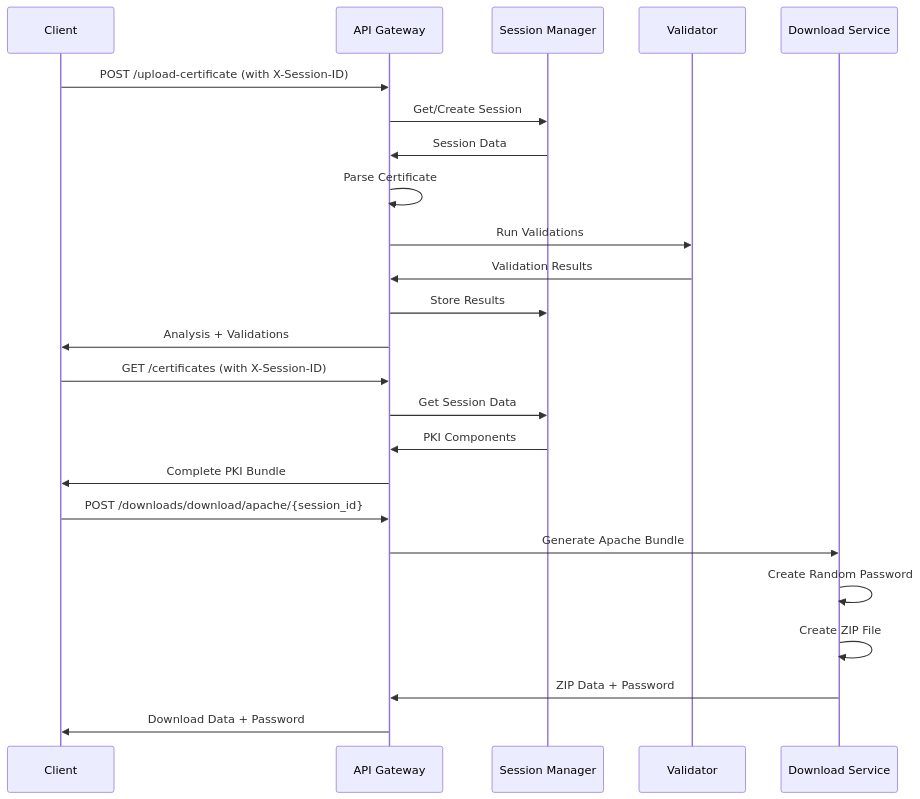
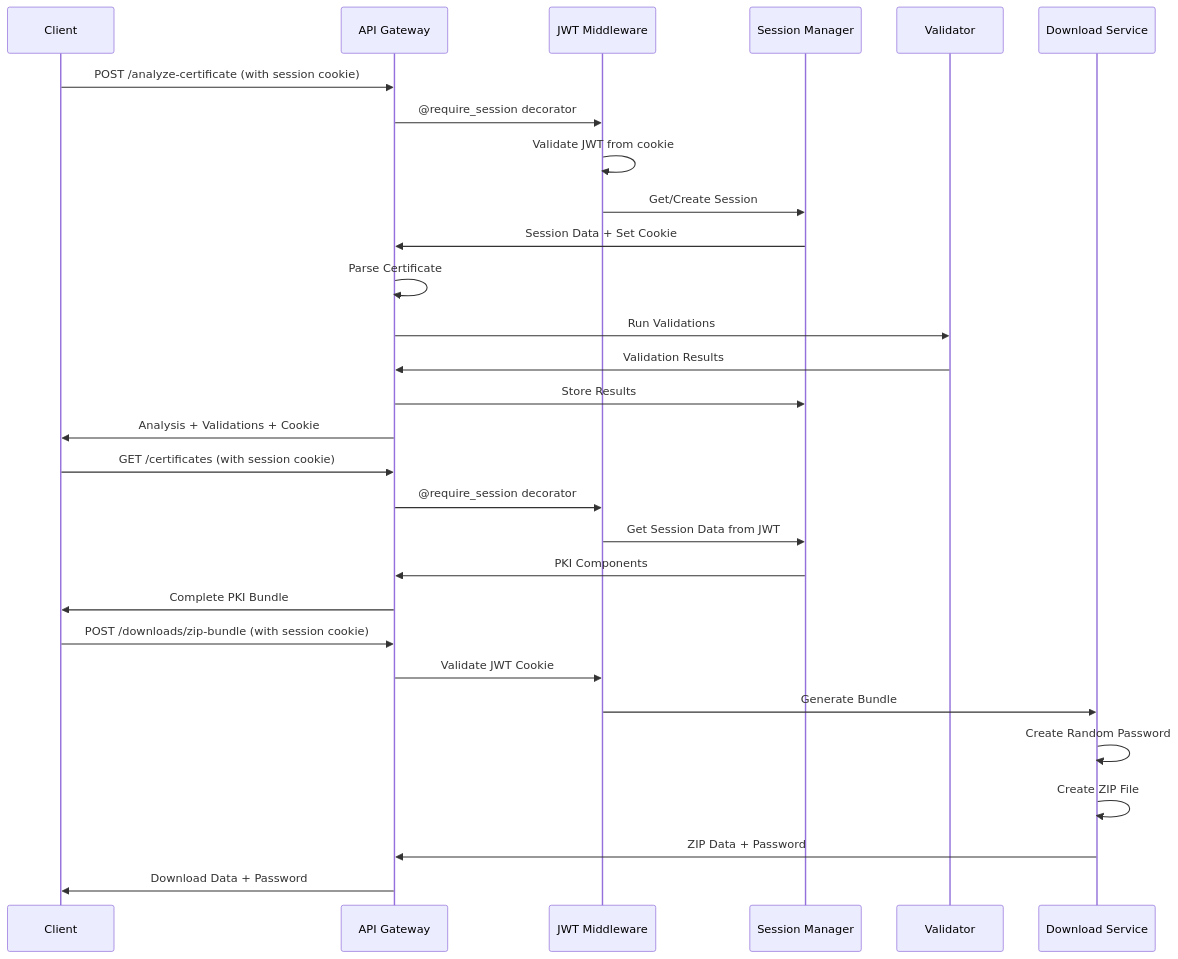
One commit to fuhdan/certificate-tools changed the seventh of 11 diagrams in TECHNICAL.md. Above: the diagram before and after it, drawn with Mermaid. The commit also changed other lines of this file and 1 other file, not shown here.

````diff
--- a/TECHNICAL.md
+++ b/TECHNICAL.md
@@ -591,29 +703,34 @@
 ```mermaid
 sequenceDiagram
     participant C as Client
     participant A as API Gateway
+    participant J as JWT Middleware
     participant S as Session Manager
     participant V as Validator
     participant D as Download Service
     
-    C->>A: POST /upload-certificate (with X-Session-ID)
-    A->>S: Get/Create Session
-    S->>A: Session Data
+    C->>A: POST /analyze-certificate (with session cookie)
+    A->>J: @require_session decorator
+    J->>J: Validate JWT from cookie
+    J->>S: Get/Create Session
+    S->>A: Session Data + Set Cookie
     A->>A: Parse Certificate
     A->>V: Run Validations
     V->>A: Validation Results
     A->>S: Store Results
-    A->>C: Analysis + Validations
+    A->>C: Analysis + Validations + Cookie
     
-    C->>A: GET /certificates (with X-Session-ID)
-    A->>S: Get Session Data
+    C->>A: GET /certificates (with session cookie)
+    A->>J: @require_session decorator
+    J->>S: Get Session Data from JWT
     S->>A: PKI Components
     A->>C: Complete PKI Bundle
     
-    C->>A: POST /downloads/download/apache/{session_id}
-    A->>D: Generate Apache Bundle
+    C->>A: POST /downloads/zip-bundle (with session cookie)
+    A->>J: Validate JWT Cookie
+    J->>D: Generate Bundle
     D->>D: Create Random Password
     D->>D: Create ZIP File
     D->>A: ZIP Data + Password
     A->>C: Download Data + Password
 ```
````
